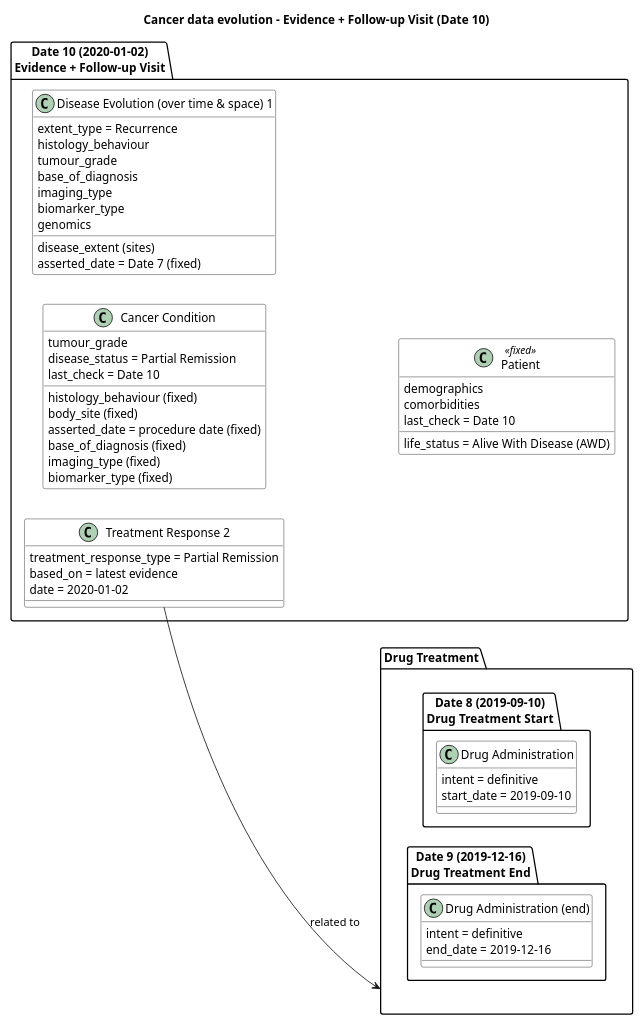
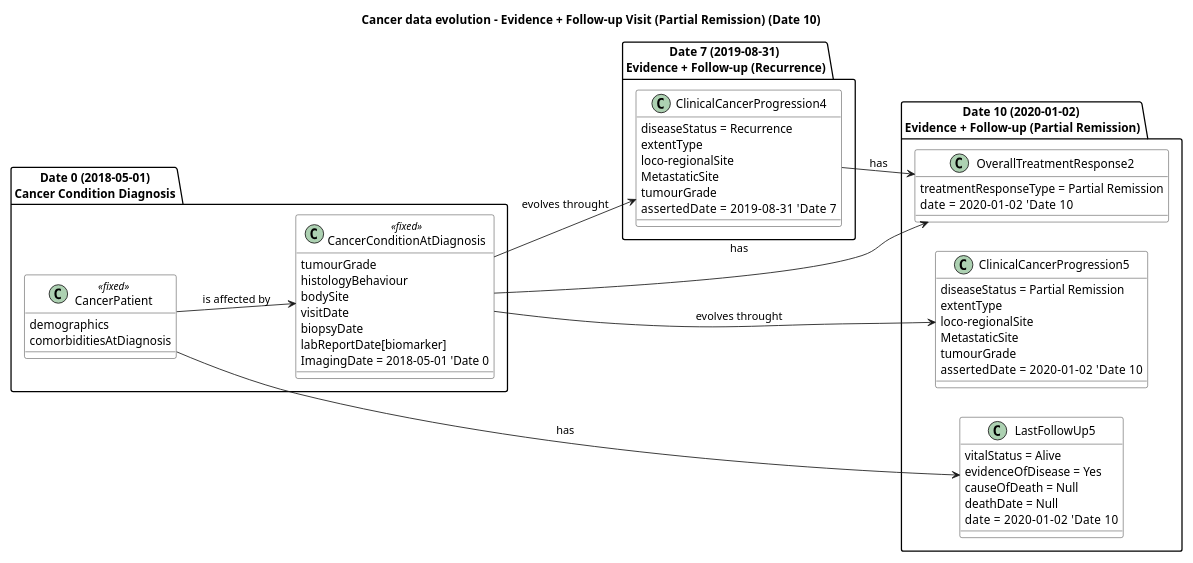
Before and after one commit to hl7-eu/cancer-common: the diagram in input/images-source/CancerDataEvolution5.plantuml, drawn with PlantUML. The commit also changed 6 other files, not shown here.

First line of the commit message:
Data Evolution Images Update

```diff
--- a/input/images-source/CancerDataEvolution5.plantuml
+++ b/input/images-source/CancerDataEvolution5.plantuml
@@ -1,83 +1,149 @@
 @startuml
-title Cancer data evolution – Evidence + Follow-up Visit (Date 10)
+title Cancer data evolution – Evidence + Follow-up Visit (Partial Remission) (Date 10)
 
 left to right direction
 skinparam class {
   BackgroundColor White
 }
 
 scale 0.8
 
-' =====================================================
-' DATE 10 – 2020-01-02 (evidence + follow-up visit)
+package "Date 0 (2018-05-01)\nCancer Condition Diagnosis" {
+  class CancerPatient <<fixed>> {
+    demographics
+    comorbiditiesAtDiagnosis
+  }
+  
+  class CancerConditionAtDiagnosis <<fixed>> {
+    tumourGrade
+    histologyBehaviour
+    bodySite
+    visitDate 
+    biopsyDate 
+    labReportDate[biomarker] 
+    ImagingDate = 2018-05-01 'Date 0
+  }
+ 
+}
+
+' Links inside Date 0
+CancerPatient --> CancerConditionAtDiagnosis : is affected by
+
+package "Date 7 (2019-08-31) \nEvidence + Follow-up (Recurrence)" {
+     class ClinicalCancerProgression4 {
+      diseaseStatus = Recurrence
+      extentType 
+      loco-regionalSite 
+      MetastaticSite 
+      tumourGrade
+      assertedDate = 2019-08-31   'Date 7
+    }
+
+ }
+
+  package "Date 10 (2020-01-02) \nEvidence + Follow-up (Partial Remission)" {
+    
+    class OverallTreatmentResponse2 {
+      treatmentResponseType = Partial Remission
+      date = 2020-01-02   'Date 10
+    }
+
+    class LastFollowUp5 {
+     vitalStatus = Alive
+     evidenceOfDisease = Yes
+     causeOfDeath = Null
+     deathDate = Null
+     date = 2020-01-02   'Date 10
+  }
+
+    class ClinicalCancerProgression5 {
+      diseaseStatus = Partial Remission
+      extentType 
+      loco-regionalSite 
+      MetastaticSite 
+      tumourGrade
+      assertedDate = 2020-01-02   'Date 10
+    }
+
+ }
+
+CancerConditionAtDiagnosis --> ClinicalCancerProgression4 : evolves throught
+CancerConditionAtDiagnosis --> OverallTreatmentResponse2 : has
+ClinicalCancerProgression4 --> OverallTreatmentResponse2 : has
+CancerPatient --> LastFollowUp5 : has
+CancerConditionAtDiagnosis --> ClinicalCancerProgression5 : evolves throught
+
+
+/' ' =====================================================
+'Date 10 – 2020-01-02 (evidence + follow-up visit)
 ' =====================================================
 package "Date 10 (2020-01-02)\nEvidence + Follow-up Visit" {
 
   class TR2 as "Treatment Response 2" {
     treatment_response_type = Partial Remission
     based_on = latest evidence
     date = 2020-01-02
   }
 
   class CancerCondition_D10 as "Cancer Condition" {
     histology_behaviour (fixed)
     body_site (fixed)
     tumour_grade
     asserted_date = procedure date (fixed)
     base_of_diagnosis (fixed)
     imaging_type (fixed)
     biomarker_type (fixed)
     disease_status = Partial Remission
     last_check = Date 10
   }
 
   class DiseaseEvolution1 as "Disease Evolution (over time & space) 1" {
     extent_type = Recurrence
     disease_extent (sites)
     histology_behaviour
     tumour_grade
     base_of_diagnosis
     imaging_type
     biomarker_type
     genomics
     asserted_date = Date 7 (fixed)
   }
 
   class Patient_D10 as "Patient" <<fixed>> {
     demographics
     comorbidities
     life_status = Alive With Disease (AWD)
     last_check = Date 10
   }
 }
 
 
 package drugTreatment as "Drug Treatment" {
 
 ' ===========================================
-' DATE 8 – 2019-09-10 (Drug treatment start)
+'Date 8 – 2019-09-10 (Drug treatment start)
 ' ===========================================
 package date8 as "Date 8 (2019-09-10)\nDrug Treatment Start" {
   class DrugAdministration_Start as "Drug Administration" {
     intent = definitive
     start_date = 2019-09-10
   }
 }
 
 ' ===========================================
-' DATE 9 – 2019-12-16 (Drug treatment end)
+'Date 9 – 2019-12-16 (Drug treatment end)
 ' ===========================================
 package date9 as "Date 9 (2019-12-16)\nDrug Treatment End" {
   class DrugAdministration_End as "Drug Administration (end)" {
     intent = definitive
     end_date = 2019-12-16
   }
 }
 
 }
 
 TR2 --> drugTreatment : related to
 
-' Relationships (as implied by the picture)
+' Relationships (as implied by the picture) '/
 
 @enduml
```
